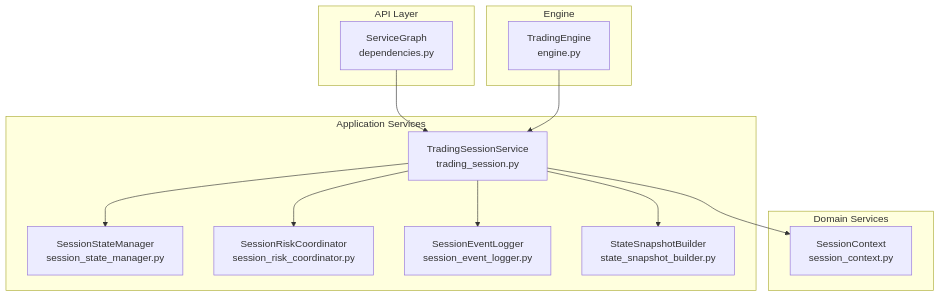
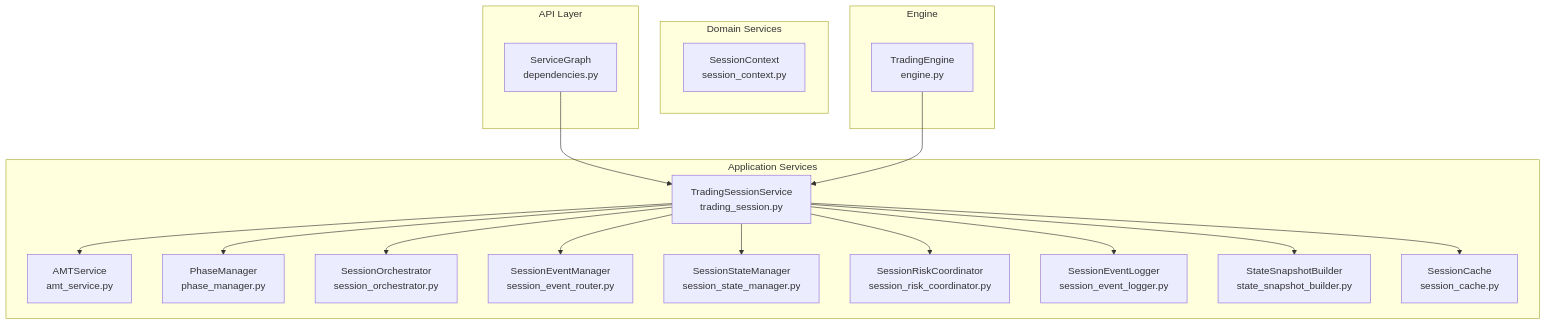
Before and after one commit to gemrajkhatry-maker/v5-of-glassytrade-ai: the first of 14 diagrams in .qoder/repowiki/en/content/Backend Application/Core Services/Trading Session Service.md, drawn with Mermaid. The commit also changed other lines of this file and 219 other files, not shown here.

First line of the commit message:
refactor: major architecture improvements across backend, backendv2, brokers, and frontend

````diff
--- a/.qoder/repowiki/en/content/Backend Application/Core Services/Trading Session Service.md
+++ b/.qoder/repowiki/en/content/Backend Application/Core Services/Trading Session Service.md
@@ -43,26 +59,35 @@
 ```mermaid
 graph TB
 subgraph "API Layer"
 SG["ServiceGraph<br/>dependencies.py"]
 end
 subgraph "Application Services"
 TSS["TradingSessionService<br/>trading_session.py"]
+AMTS["AMTService<br/>amt_service.py"]
+PM["PhaseManager<br/>phase_manager.py"]
+SO["SessionOrchestrator<br/>session_orchestrator.py"]
+SER["SessionEventManager<br/>session_event_router.py"]
 SSM["SessionStateManager<br/>session_state_manager.py"]
 SRC["SessionRiskCoordinator<br/>session_risk_coordinator.py"]
 SEL["SessionEventLogger<br/>session_event_logger.py"]
 SSB["StateSnapshotBuilder<br/>state_snapshot_builder.py"]
+SC["SessionCache<br/>session_cache.py"]
 end
 subgraph "Domain Services"
-SC["SessionContext<br/>session_context.py"]
+SCtx["SessionContext<br/>session_context.py"]
 end
 subgraph "Engine"
 TE["TradingEngine<br/>engine.py"]
 end
 SG --> TSS
+TSS --> AMTS
+TSS --> PM
+TSS --> SO
+TSS --> SER
 TSS --> SSM
 TSS --> SRC
 TSS --> SEL
 TSS --> SSB
 TSS --> SC
 TE --> TSS
 ```
````
